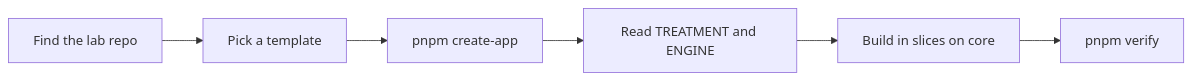
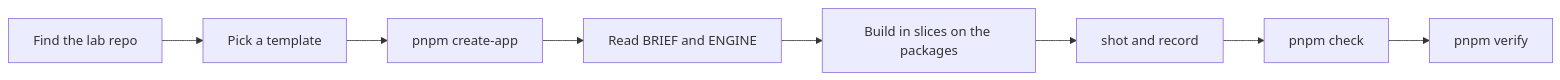
The diagram in skills/realtime/three-build/README.md (willianjusten/agent-skills), drawn with Mermaid before and after one commit. The commit also changed other lines of this file and 1 other file, not shown here.

Commit message:
feat(three-build): slim templates, packages as a library, shot, check, record and verify delivery

````diff
--- a/skills/realtime/three-build/README.md
+++ b/skills/realtime/three-build/README.md
@@ -7,8 +7,10 @@
 ```mermaid
 flowchart LR
   A[Find the lab repo] --> B[Pick a template]
   B --> C[pnpm create-app]
-  C --> D[Read TREATMENT and ENGINE]
-  D --> E[Build in slices on core]
-  E --> F[pnpm verify]
+  C --> D[Read BRIEF and ENGINE]
+  D --> E[Build in slices on the packages]
+  E --> F[shot and record]
+  F --> G[pnpm check]
+  G --> H[pnpm verify]
 ```
````
